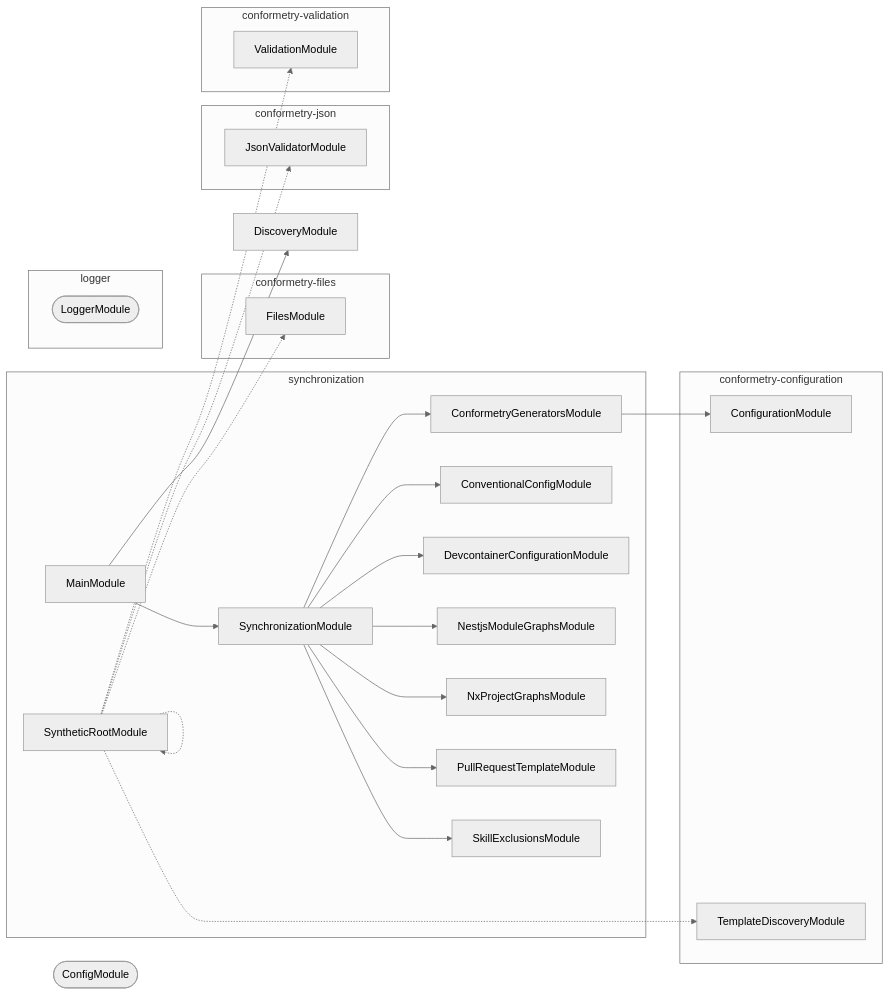
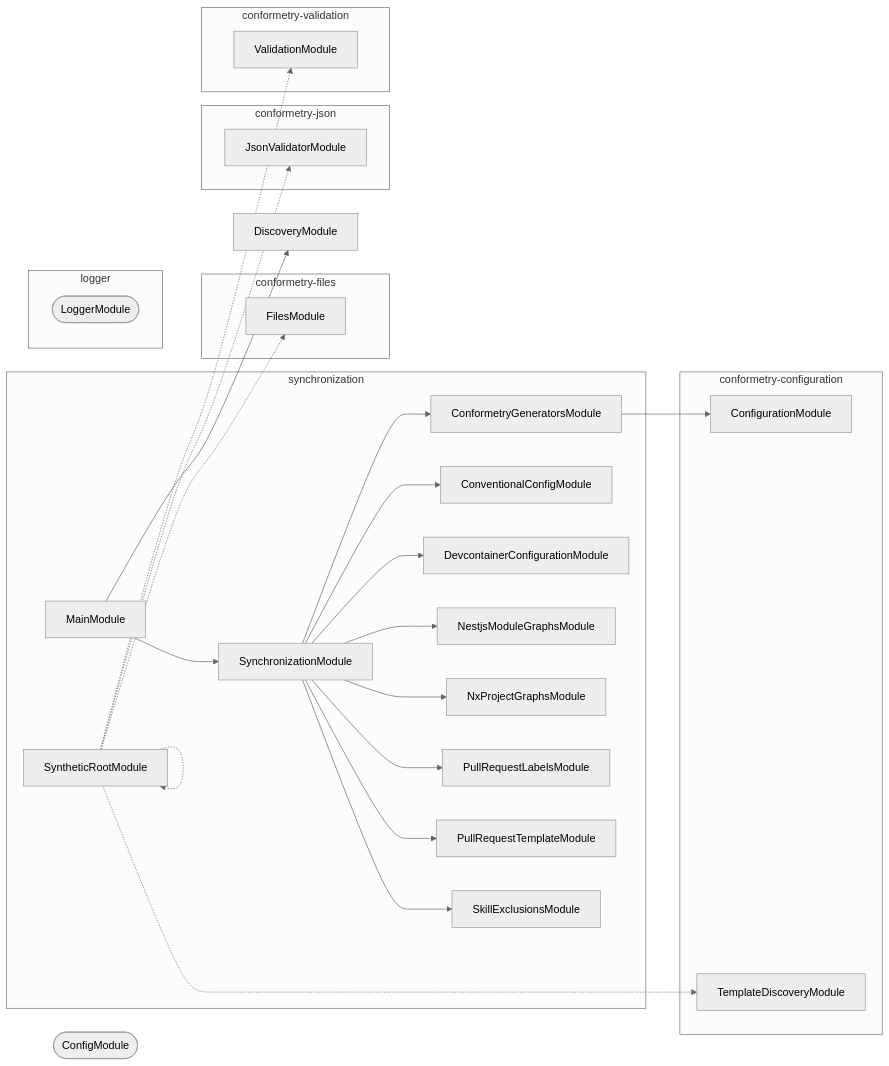
The diagram in tools/synchronization/AGENTS.md (JimmyPaolini/codebase), drawn with Mermaid (neutral theme) before and after one commit. The commit also changed 2 other files, not shown here.

Commit message:
docs(synchronization,documentation): 📝 document the repository kind and the label synchronizer

````diff
--- a/tools/synchronization/AGENTS.md
+++ b/tools/synchronization/AGENTS.md
@@ -83,48 +83,50 @@
 ```mermaid
 flowchart LR
   subgraph group0["synchronization"]
     ConformetryGeneratorsModule
     ConventionalConfigModule
     DevcontainerConfigurationModule
     MainModule
     NestjsModuleGraphsModule
     NxProjectGraphsModule
+    PullRequestLabelsModule
     PullRequestTemplateModule
     SkillExclusionsModule
     SynchronizationModule
     SyntheticRootModule
   end
   subgraph group1["conformetry-configuration"]
     ConfigurationModule
     TemplateDiscoveryModule
   end
   subgraph group2["conformetry-files"]
     FilesModule
   end
   subgraph group3["conformetry-json"]
     JsonValidatorModule
   end
   subgraph group4["conformetry-validation"]
     ValidationModule
   end
   subgraph group5["logger"]
     LoggerModule([LoggerModule])
   end
   ConfigModule([ConfigModule])
   DiscoveryModule
   ConformetryGeneratorsModule --> ConfigurationModule
   MainModule --> DiscoveryModule
   MainModule --> SynchronizationModule
   SynchronizationModule --> ConformetryGeneratorsModule
   SynchronizationModule --> ConventionalConfigModule
   SynchronizationModule --> DevcontainerConfigurationModule
   SynchronizationModule --> NestjsModuleGraphsModule
   SynchronizationModule --> NxProjectGraphsModule
+  SynchronizationModule --> PullRequestLabelsModule
   SynchronizationModule --> PullRequestTemplateModule
   SynchronizationModule --> SkillExclusionsModule
   SyntheticRootModule -.-> FilesModule
   SyntheticRootModule -.-> JsonValidatorModule
   SyntheticRootModule -.-> SyntheticRootModule
   SyntheticRootModule -.-> TemplateDiscoveryModule
   SyntheticRootModule -.-> ValidationModule
 ```
````
